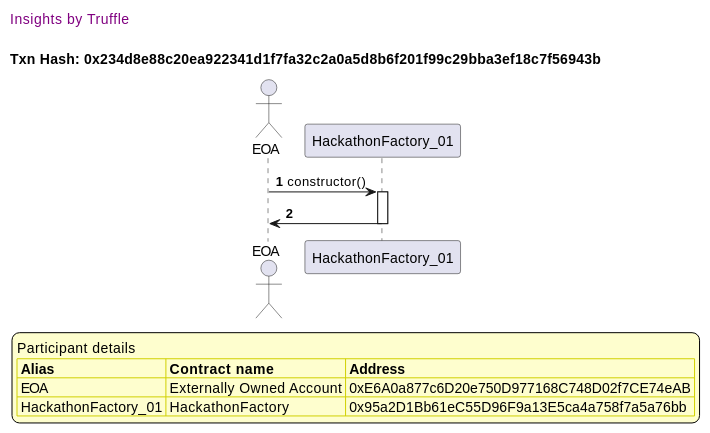
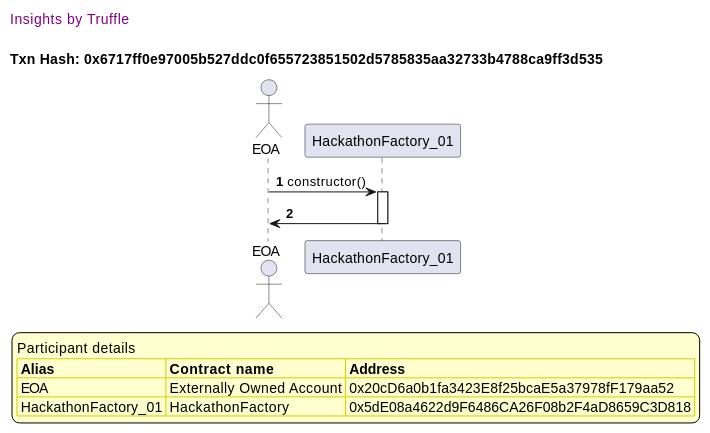
One commit to fodisi/hackapay changed the third of 11 diagrams in truffle-seq/factory_hackathonfactory.md. Above: the diagram before and after it, drawn with PlantUML. The commit also changed other lines of this file and 10 other files, not shown here.

````diff
--- a/truffle-seq/factory_hackathonfactory.md
+++ b/truffle-seq/factory_hackathonfactory.md
@@ -121,37 +121,37 @@
 ```plantuml
 
 
 @startuml
 
 autonumber
 skinparam legendBackgroundColor #FEFECE
 
 <style>
       header {
         HorizontalAlignment left
         FontColor purple
         FontSize 14
         Padding 10
       }
     </style>
 
 header Insights by Truffle
 
-title Txn Hash: 0x234d8e88c20ea922341d1f7fa32c2a0a5d8b6f201f99c29bba3ef18c7f56943b
+title Txn Hash: 0x6717ff0e97005b527ddc0f655723851502d5785835aa32733b4788ca9ff3d535
 
 
 actor EOA as "EOA"
 participant HackathonFactory_01 as "HackathonFactory_01"
 
 "EOA" -> "HackathonFactory_01" ++: constructor()
 "HackathonFactory_01" -> "EOA" --: 
 
 legend
 Participant details
 <#FEFECE,#D0D000>|= Alias |= Contract name |= Address |
-<#FEFECE>| EOA | Externally Owned Account | 0xE6A0a877c6D20e750D977168C748D02f7CE74eAB |
-<#FEFECE>| HackathonFactory_01 | HackathonFactory | 0x95a2D1Bb61eC55D96F9a13E5ca4a758f7a5a76bb |
+<#FEFECE>| EOA | Externally Owned Account | 0x20cD6a0b1fa3423E8f25bcaE5a37978fF179aa52 |
+<#FEFECE>| HackathonFactory_01 | HackathonFactory | 0x5dE08a4622d9F6486CA26F08b2F4aD8659C3D818 |
 endlegend
 
 @enduml
 ```
````
